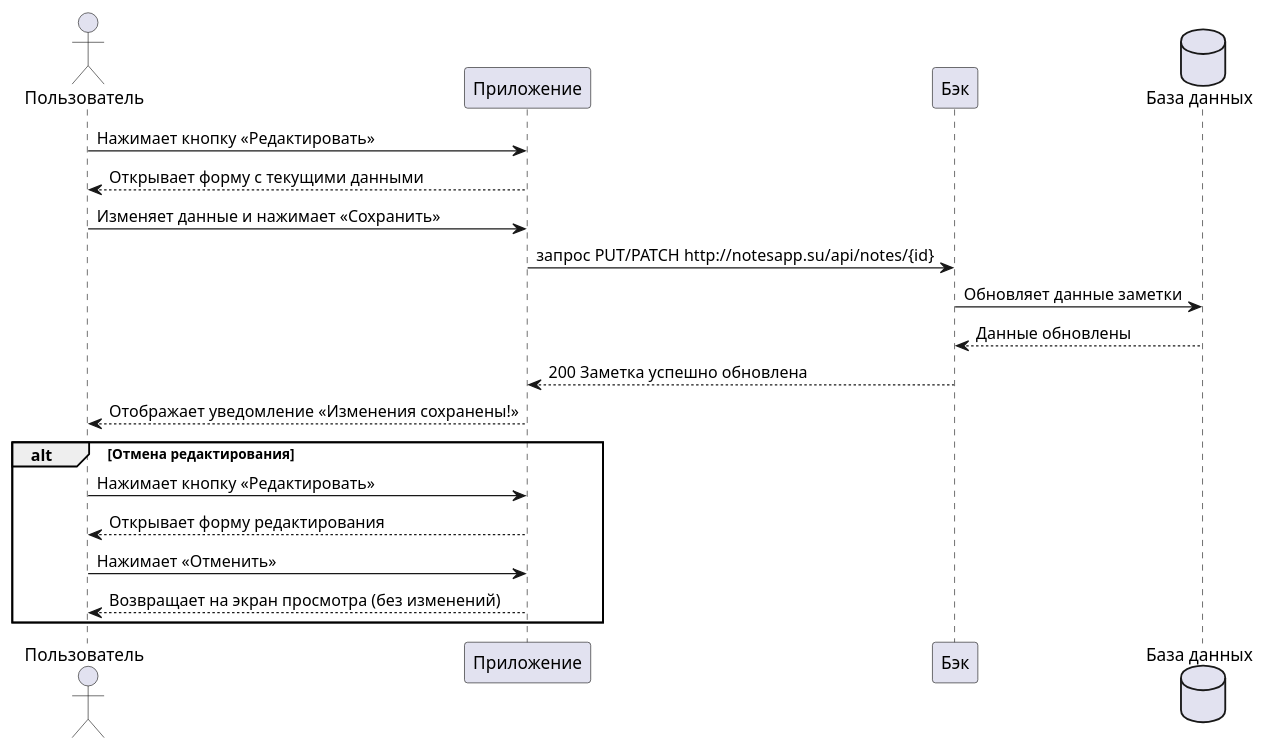
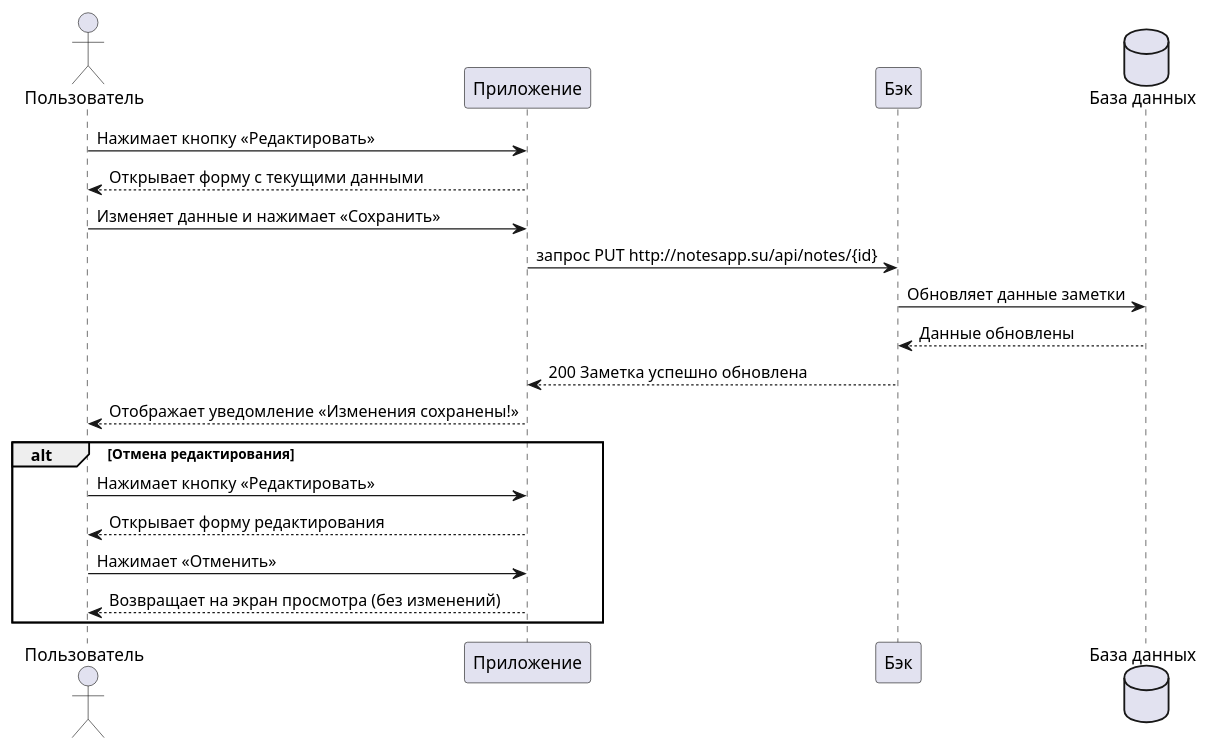
One commit to lopefre/docs-test-project changed the diagram in docs/api/notesapp.md. Above: the diagram before and after it, drawn with PlantUML.

Commit message:
Change HTTP method from PATCH to PUT in notes update

````diff
--- a/docs/api/notesapp.md
+++ b/docs/api/notesapp.md
@@ -48,26 +48,26 @@
 ```puml
 @startuml
 actor Пользователь
 participant Приложение
 participant Бэк
 database "База данных"
 
 Пользователь -> Приложение: Нажимает кнопку «Редактировать»
 Пользователь <-- Приложение: Открывает форму с текущими данными
 Пользователь -> Приложение: Изменяет данные и нажимает «Сохранить»
-Приложение -> Бэк: запрос PUT/PATCH http://notesapp.su/api/notes/{id}
+Приложение -> Бэк: запрос PUT http://notesapp.su/api/notes/{id}
 Бэк -> "База данных": Обновляет данные заметки
 Бэк <-- "База данных": Данные обновлены
 Бэк --> Приложение: 200 Заметка успешно обновлена
 Приложение --> Пользователь: Отображает уведомление «Изменения сохранены!»
 
 alt Отмена редактирования
 Пользователь -> Приложение: Нажимает кнопку «Редактировать»
 Пользователь <-- Приложение: Открывает форму редактирования
 Пользователь -> Приложение: Нажимает «Отменить»
 Приложение --> Пользователь: Возвращает на экран просмотра (без изменений)
 end alt
 
 @enduml
 
 ```
````
